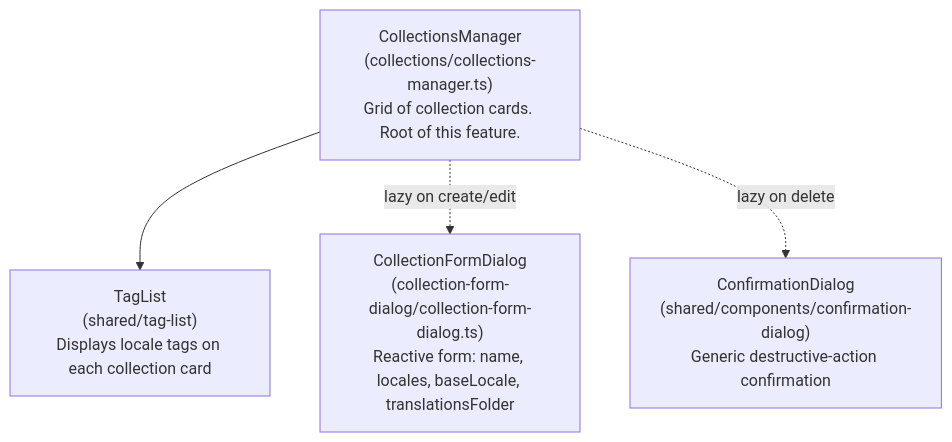
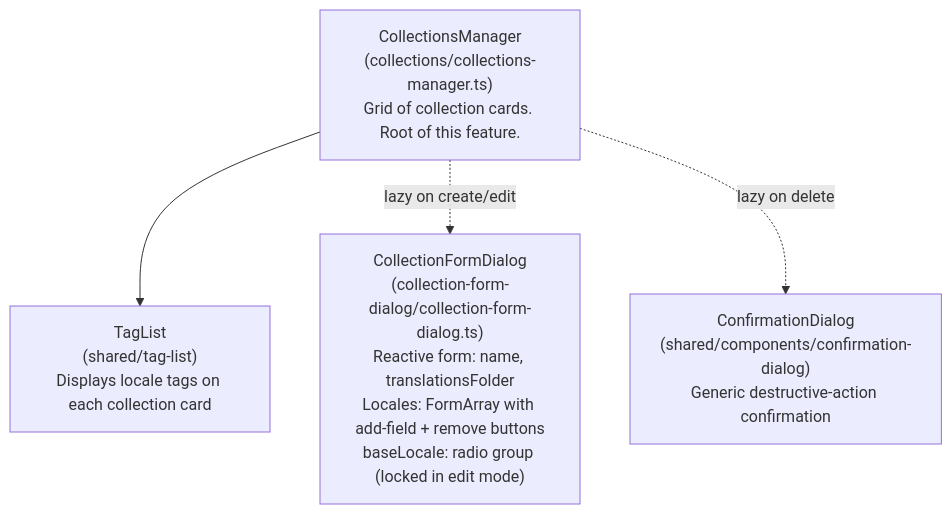
Before and after one commit to simoncodes-ca/lingo-tracker: the second of 4 diagrams in architecture-docs/frontend.md, drawn with Mermaid. The commit also changed other lines of this file and 10 other files, not shown here.

````diff
--- a/architecture-docs/frontend.md
+++ b/architecture-docs/frontend.md
@@ -66,9 +66,9 @@
 ```mermaid
 flowchart TD
     CollectionsManager["CollectionsManager\n(collections/collections-manager.ts)\nGrid of collection cards. Root of this feature."]
 
     CollectionsManager --> TagList["TagList\n(shared/tag-list)\nDisplays locale tags on each collection card"]
 
-    CollectionsManager -. "lazy on create/edit" .-> CollectionFormDialog["CollectionFormDialog\n(collection-form-dialog/collection-form-dialog.ts)\nReactive form: name, locales, baseLocale, translationsFolder"]
+    CollectionsManager -. "lazy on create/edit" .-> CollectionFormDialog["CollectionFormDialog\n(collection-form-dialog/collection-form-dialog.ts)\nReactive form: name, translationsFolder\nLocales: FormArray with add-field + remove buttons\nbaseLocale: radio group (locked in edit mode)"]
     CollectionsManager -. "lazy on delete" .-> ConfirmationDialog["ConfirmationDialog\n(shared/components/confirmation-dialog)\nGeneric destructive-action confirmation"]
 ```
````
